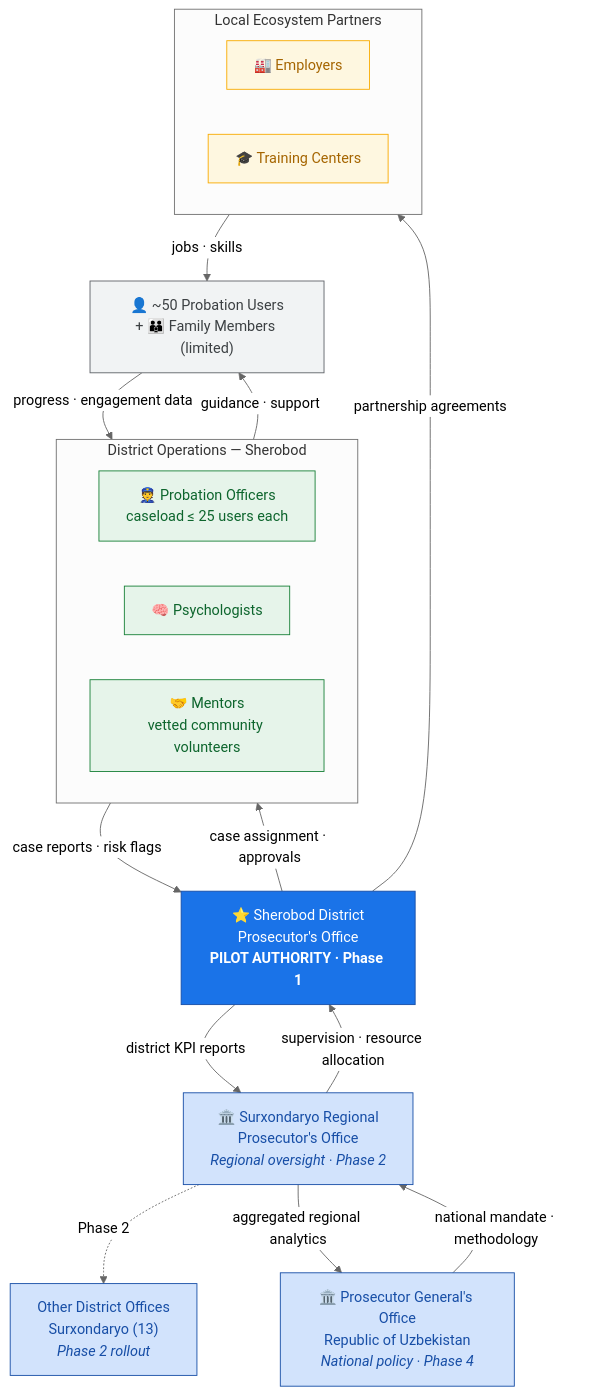
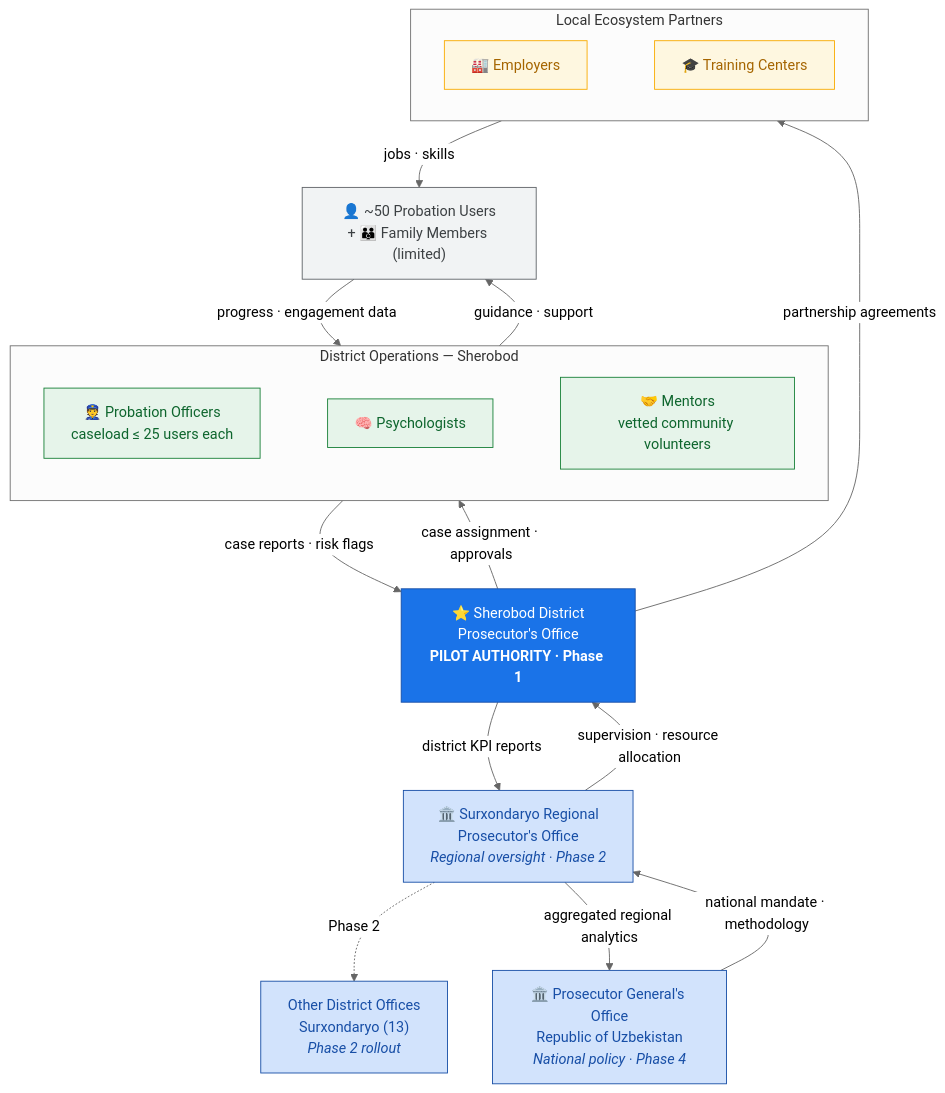
Before and after one commit to baxtbekjumayev74-byte/Yangi-hayot: the second of 5 diagrams in docs/01-executive-architecture.md, drawn with Mermaid (neutral theme). The commit also changed other lines of this file and 5 other files, not shown here.

First line of the commit message:
Refine diagram layouts for presentation rendering

````diff
--- a/docs/01-executive-architecture.md
+++ b/docs/01-executive-architecture.md
@@ -84,44 +70,43 @@
 ```mermaid
 flowchart TB
     PGO["🏛️ Prosecutor General's Office<br/>Republic of Uzbekistan<br/><i>National policy · Phase 4</i>"]
     RPO["🏛️ Surxondaryo Regional<br/>Prosecutor's Office<br/><i>Regional oversight · Phase 2</i>"]
     DPO["⭐ Sherobod District<br/>Prosecutor's Office<br/><b>PILOT AUTHORITY · Phase 1</b>"]
     ODPO["Other District Offices<br/>Surxondaryo (13)<br/><i>Phase 2 rollout</i>"]
 
     subgraph FIELD["District Operations — Sherobod"]
-        PO["👮 Probation Officers<br/>caseload ≤ 25 users each"]
-        PSY["🧠 Psychologists"]
-        MEN["🤝 Mentors<br/>vetted community volunteers"]
+        direction LR
+        PO["👮 Probation Officers<br/>caseload ≤ 25 users each"] ~~~ PSY["🧠 Psychologists"] ~~~ MEN["🤝 Mentors<br/>vetted community volunteers"]
     end
 
     subgraph ECO["Local Ecosystem Partners"]
-        EMPL["🏭 Employers"]
-        TC["🎓 Training Centers"]
+        direction LR
+        EMPL["🏭 Employers"] ~~~ TC["🎓 Training Centers"]
     end
 
     USERS["👤 ~50 Probation Users<br/>+ 👪 Family Members (limited)"]
 
     PGO -->|"national mandate · methodology"| RPO
     RPO -->|"supervision · resource allocation"| DPO
     RPO -.->|"Phase 2"| ODPO
     DPO -->|"case assignment · approvals"| FIELD
     DPO -->|"partnership agreements"| ECO
     FIELD -->|"guidance · support"| USERS
     ECO -->|"jobs · skills"| USERS
 
     USERS -->|"progress · engagement data"| FIELD
     FIELD -->|"case reports · risk flags"| DPO
     DPO -->|"district KPI reports"| RPO
     RPO -->|"aggregated regional analytics"| PGO
 
     classDef gov fill:#d2e3fc,stroke:#174ea6,color:#174ea6
     classDef pilot fill:#1a73e8,stroke:#174ea6,color:#ffffff
     classDef field fill:#e6f4ea,stroke:#188038,color:#0d652d
     classDef eco fill:#fef7e0,stroke:#f9ab00,color:#a56500
     classDef usr fill:#f1f3f4,stroke:#5f6368,color:#3c4043
     class PGO,RPO,ODPO gov
     class DPO pilot
     class PO,PSY,MEN field
     class EMPL,TC eco
     class USERS usr
 ```
````
